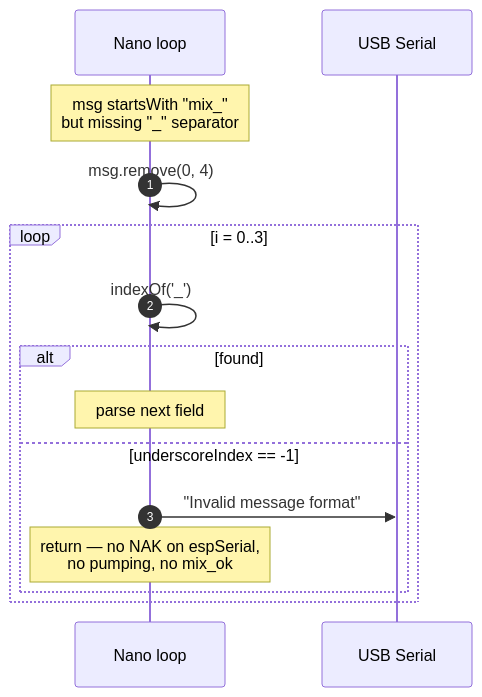
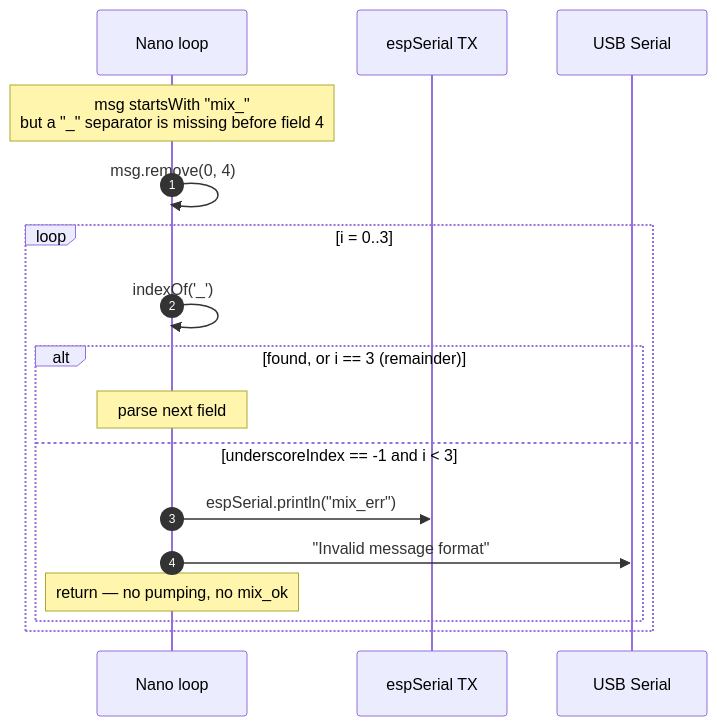
Before and after one commit to Hubert005/IoT_Projekt: the fourth of 4 diagrams in docs/arduino-nano/sequence-diagrams.md, drawn with Mermaid. The commit also changed other lines of this file and 19 other files, not shown here.

````diff
--- a/docs/arduino-nano/sequence-diagrams.md
+++ b/docs/arduino-nano/sequence-diagrams.md
@@ -80,17 +80,19 @@
 ```mermaid
 sequenceDiagram
     autonumber
     participant Nano as Nano loop
+    participant ESP as espSerial TX
     participant USB as USB Serial
-    Note over Nano: msg startsWith "mix_"<br/>but missing "_" separator
+    Note over Nano: msg startsWith "mix_"<br/>but a "_" separator is missing before field 4
     Nano->>Nano: msg.remove(0, 4)
     loop i = 0..3
         Nano->>Nano: indexOf('_')
-        alt found
+        alt found, or i == 3 (remainder)
             Note over Nano: parse next field
-        else underscoreIndex == -1
+        else underscoreIndex == -1 and i < 3
+            Nano->>ESP: espSerial.println("mix_err")
             Nano->>USB: "Invalid message format"
-            Note over Nano: return — no NAK on espSerial,<br/>no pumping, no mix_ok
+            Note over Nano: return — no pumping, no mix_ok
         end
     end
 ```
````
